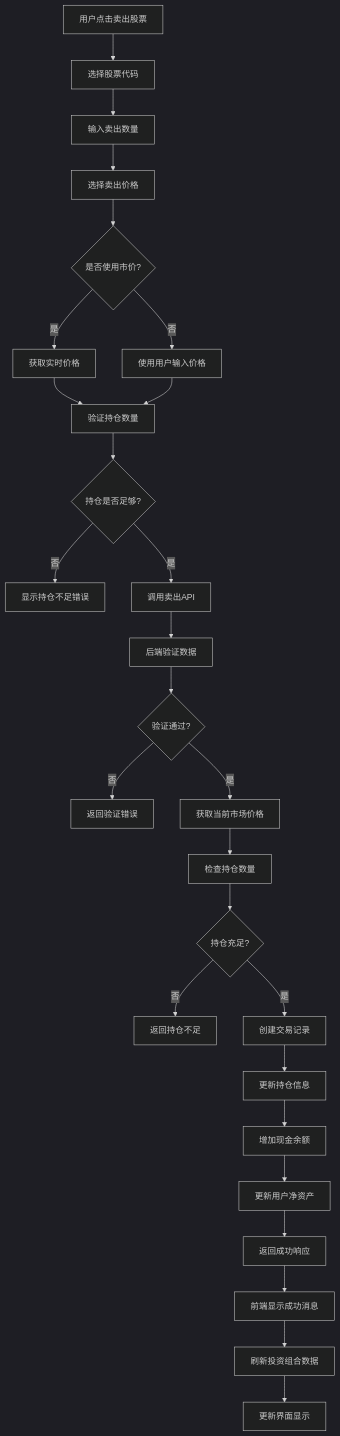
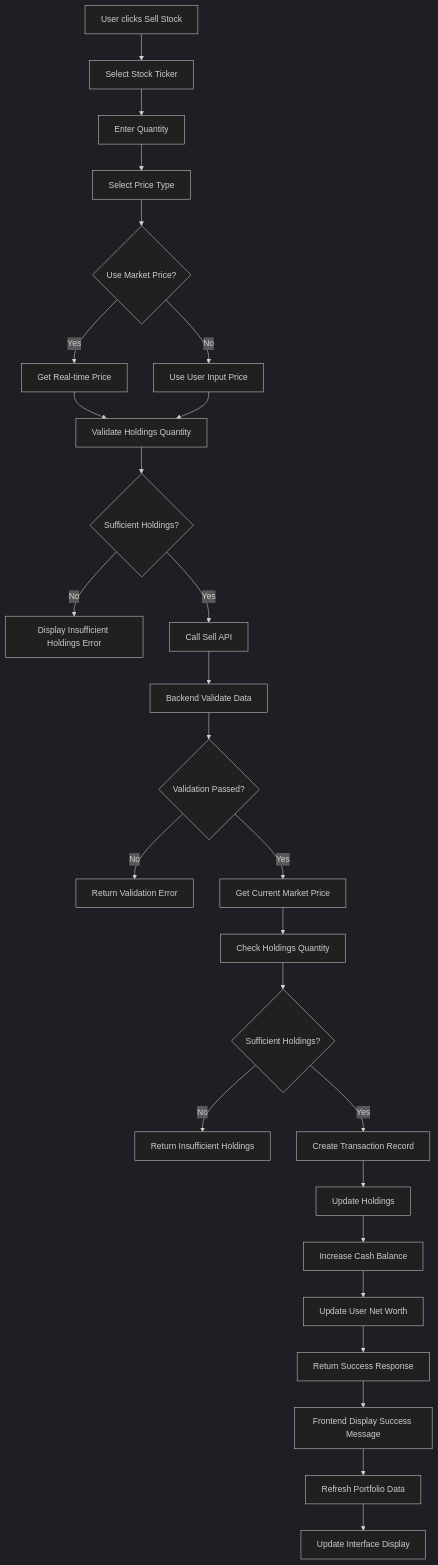
One commit to CDKStudy/Portfolio_Manager changed the second of 20 diagrams in FLOWCHARTS.md. Above: the diagram before and after it, drawn with Mermaid (dark theme). The commit also changed other lines of this file, not shown here.

Commit message:
update flowchart

````diff
--- a/FLOWCHARTS.md
+++ b/FLOWCHARTS.md
@@ -39,29 +39,29 @@
 ```mermaid
 flowchart TD
-    A[用户点击卖出股票] --> B[选择股票代码]
-    B --> C[输入卖出数量]
-    C --> D[选择卖出价格]
-    D --> E{是否使用市价?}
-    E -->|是| F[获取实时价格]
-    E -->|否| G[使用用户输入价格]
-    F --> H[验证持仓数量]
+    A[User clicks Sell Stock] --> B[Select Stock Ticker]
+    B --> C[Enter Quantity]
+    C --> D[Select Price Type]
+    D --> E{Use Market Price?}
+    E -->|Yes| F[Get Real-time Price]
+    E -->|No| G[Use User Input Price]
+    F --> H[Validate Holdings Quantity]
     G --> H
-    H --> I{持仓是否足够?}
-    I -->|否| J[显示持仓不足错误]
-    I -->|是| K[调用卖出API]
-    K --> L[后端验证数据]
-    L --> M{验证通过?}
-    M -->|否| N[返回验证错误]
-    M -->|是| O[获取当前市场价格]
-    O --> P[检查持仓数量]
-    P --> Q{持仓充足?}
-    Q -->|否| R[返回持仓不足]
-    Q -->|是| S[创建交易记录]
-    S --> T[更新持仓信息]
-    T --> U[增加现金余额]
-    U --> V[更新用户净资产]
-    V --> W[返回成功响应]
-    W --> X[前端显示成功消息]
-    X --> Y[刷新投资组合数据]
-    Y --> Z[更新界面显示]
+    H --> I{Sufficient Holdings?}
+    I -->|No| J[Display Insufficient Holdings Error]
+    I -->|Yes| K[Call Sell API]
+    K --> L[Backend Validate Data]
+    L --> M{Validation Passed?}
+    M -->|No| N[Return Validation Error]
+    M -->|Yes| O[Get Current Market Price]
+    O --> P[Check Holdings Quantity]
+    P --> Q{Sufficient Holdings?}
+    Q -->|No| R[Return Insufficient Holdings]
+    Q -->|Yes| S[Create Transaction Record]
+    S --> T[Update Holdings]
+    T --> U[Increase Cash Balance]
+    U --> V[Update User Net Worth]
+    V --> W[Return Success Response]
+    W --> X[Frontend Display Success Message]
+    X --> Y[Refresh Portfolio Data]
+    Y --> Z[Update Interface Display]
 ```
````
